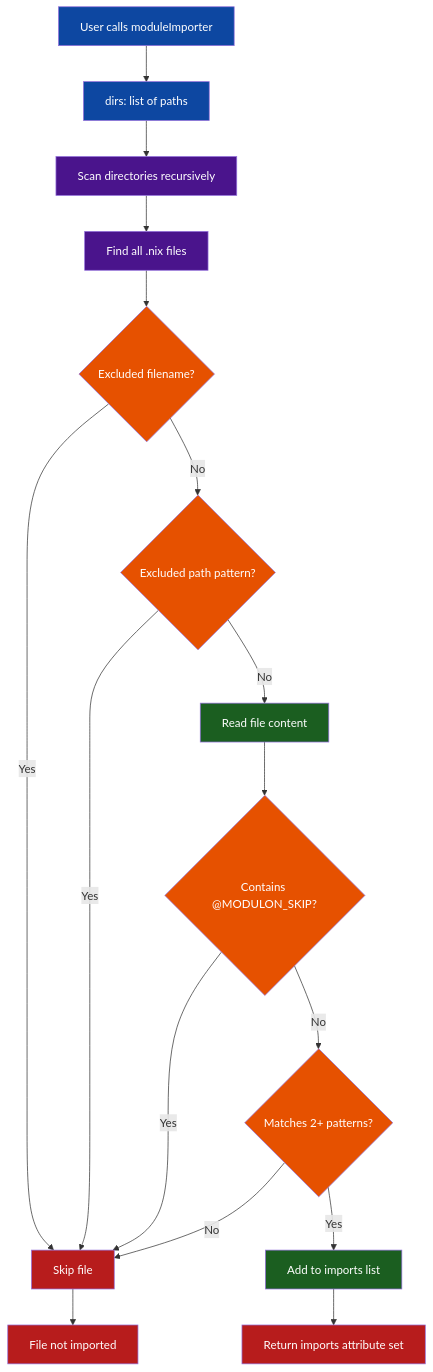
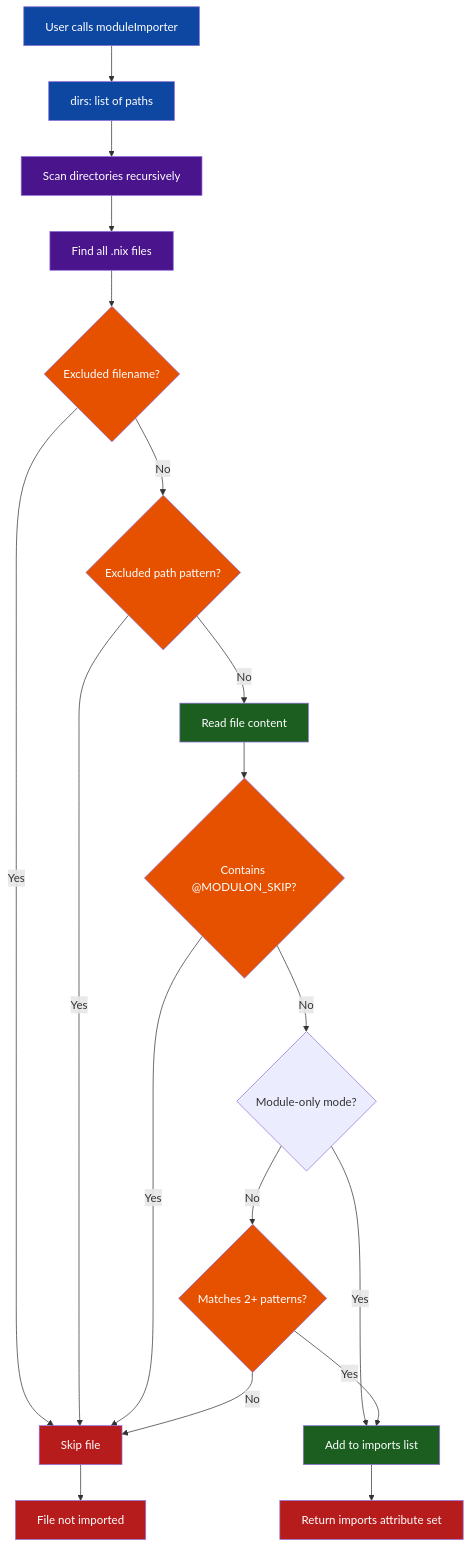
The diagram in libraries/auto-discover/modulon/docs/01-HOW-IT-WORKS.md (cig0/nix-batteries), drawn with Mermaid before and after one commit. The commit also changed other lines of this file and 30 other files, not shown here.

````diff
--- a/libraries/auto-discover/modulon/docs/01-HOW-IT-WORKS.md
+++ b/libraries/auto-discover/modulon/docs/01-HOW-IT-WORKS.md
@@ -14,40 +13,42 @@
 ```mermaid
 graph TD
     %% User input
     A[User calls moduleImporter] --> B[dirs: list of paths]
 
     %% Directory scanning
     B --> C[Scan directories recursively]
     C --> D[Find all .nix files]
 
     %% Exclusion filtering
     D --> E{Excluded filename?}
     E -->|Yes| F[Skip file]
     E -->|No| G{Excluded path pattern?}
     G -->|Yes| F
     G -->|No| H[Read file content]
 
     %% Content analysis
     H --> I{Contains @MODULON_SKIP?}
     I -->|Yes| F
-    I -->|No| J{Matches 2+ patterns?}
+    I -->|No| N{Module-only mode?}
+    N -->|Yes| K[Add to imports list]
+    N -->|No| J{Matches 2+ patterns?}
     J -->|No| F
     J -->|Yes| K[Add to imports list]
 
     %% Output
     K --> L[Return imports attribute set]
     F --> M[File not imported]
 
     %% Styling
     classDef user fill:#0d47a1,color:#fff
     classDef scan fill:#4a148c,color:#fff
     classDef filter fill:#1b5e20,color:#fff
     classDef decision fill:#e65100,color:#fff
     classDef result fill:#b71c1c,color:#fff
 
     class A,B user
     class C,D scan
     class E,G,I,J decision
     class H,K filter
     class F,L,M result
 ```
````
